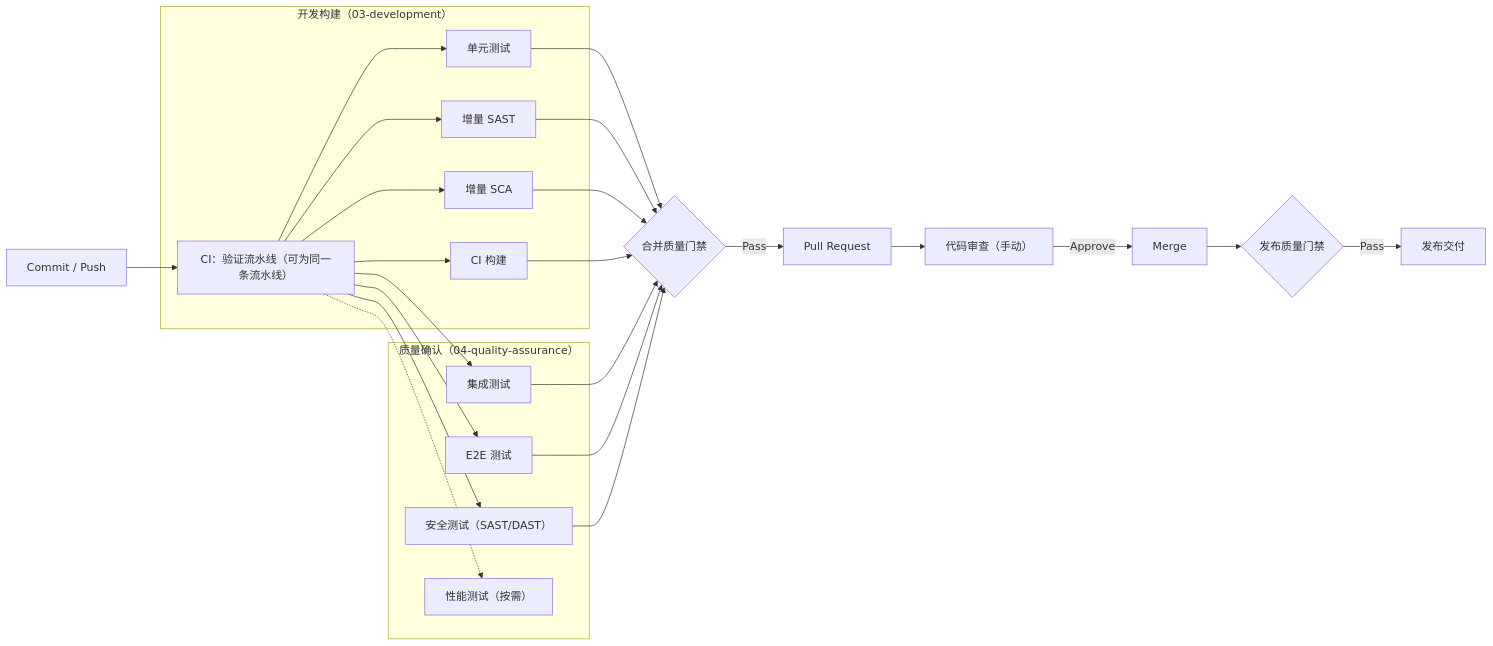
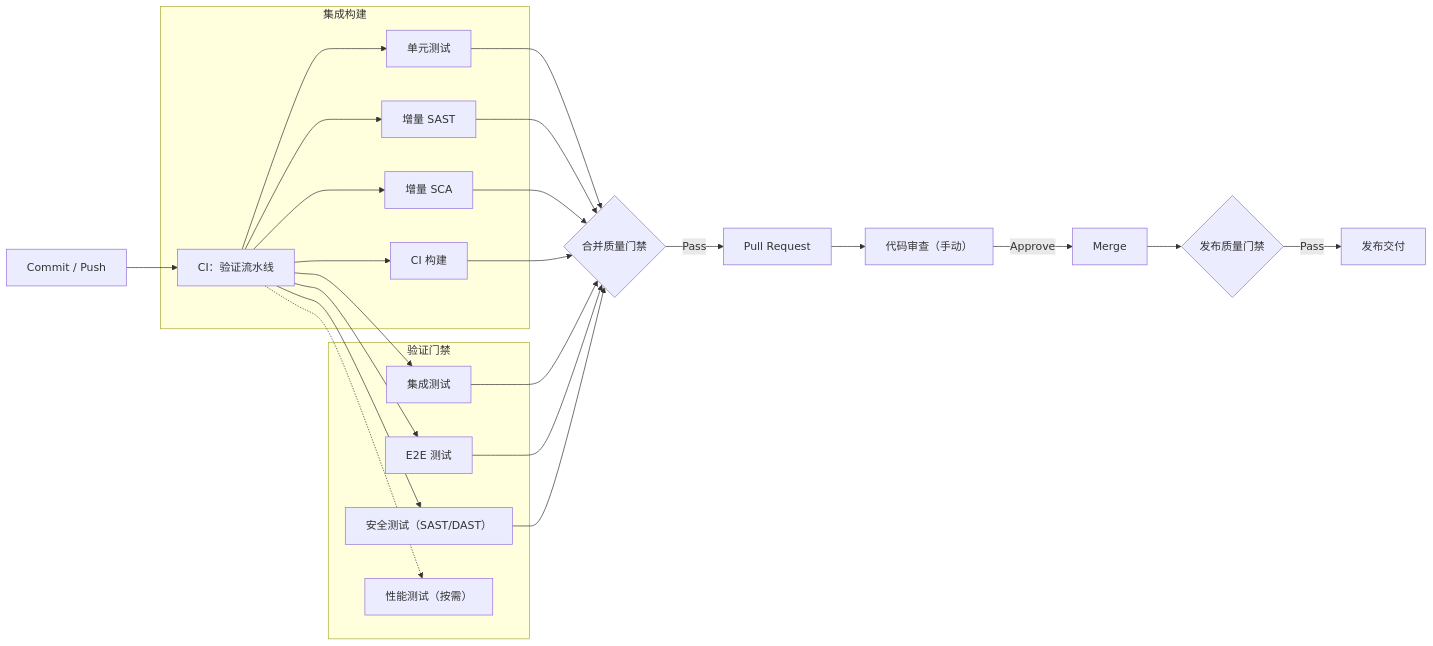
The diagram in quality-system/README.md (flowrium/flowrium-quality), drawn with Mermaid before and after one commit. The commit also changed other lines of this file, not shown here.

Commit message:
docs(quality-system): restructure and rewrite README

````diff
--- a/quality-system/README.md
+++ b/quality-system/README.md
@@ -5,33 +56,33 @@
 ```mermaid
 flowchart LR
-  A[Commit / Push] --> PIPE[CI：验证流水线（可为同一条流水线）]
+  A[Commit / Push] --> PIPE[CI：验证流水线]
 
-  subgraph DEV[开发构建（03-development）]
+  subgraph DEV[集成构建]
     PIPE --> UT[单元测试]
     PIPE --> SAST[增量 SAST]
     PIPE --> SCA[增量 SCA]
     PIPE --> BUILD[CI 构建]
   end
 
-  subgraph QA[质量确认（04-quality-assurance）]
+  subgraph QA[验证门禁]
     PIPE --> IT[集成测试]
     PIPE --> E2E[E2E 测试]
     PIPE --> SEC[安全测试（SAST/DAST）]
     PIPE -.-> PERF[性能测试（按需）]
   end
 
   UT --> G1{合并质量门禁}
   SAST --> G1
   SCA --> G1
   BUILD --> G1
   IT --> G1
   E2E --> G1
   SEC --> G1
 
   G1 -->|Pass| PR[Pull Request]
   PR --> CR[代码审查（手动）]
   CR -->|Approve| MERGE[Merge]
 
   MERGE --> G2{发布质量门禁}
   G2 -->|Pass| REL[发布交付]
 ```
````
